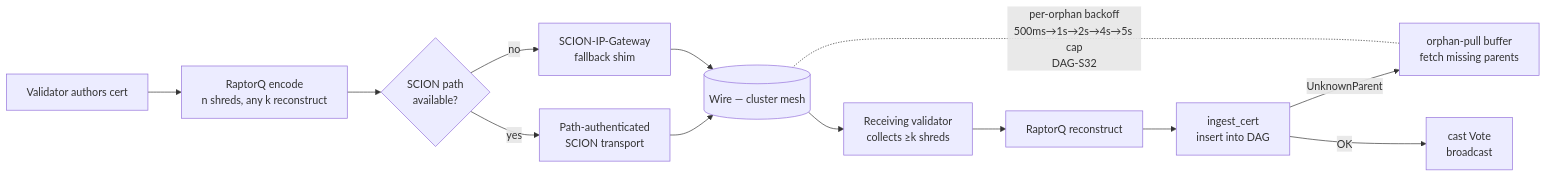
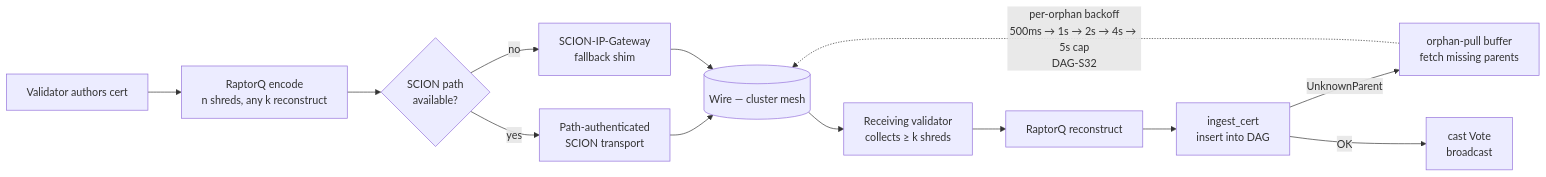
Before and after one commit to Suwappu-Labs/suwappu-dag: the diagram in docs/visuals/mermaid/scion-transport.md, drawn with Mermaid. The commit also changed 16 other files, not shown here.

````diff
--- a/docs/visuals/mermaid/scion-transport.md
+++ b/docs/visuals/mermaid/scion-transport.md
@@ -7,15 +7,15 @@
 ```mermaid
 flowchart LR
-    Author[Validator authors cert] --> Shred[RaptorQ encode<br/>n shreds, any k reconstruct]
-    Shred --> Path{SCION path<br/>available?}
-    Path -->|yes| SCION[Path-authenticated<br/>SCION transport]
-    Path -->|no| Gateway[SCION-IP-Gateway<br/>fallback shim]
-    SCION --> Wire[(Wire — cluster mesh)]
+    Author["Validator authors cert"] --> Shred["RaptorQ encode<br/>n shreds, any k reconstruct"]
+    Shred --> Path{"SCION path<br/>available?"}
+    Path -->|"yes"| SCION["Path-authenticated<br/>SCION transport"]
+    Path -->|"no"| Gateway["SCION-IP-Gateway<br/>fallback shim"]
+    SCION --> Wire[("Wire — cluster mesh")]
     Gateway --> Wire
-    Wire --> Recv[Receiving validator<br/>collects ≥k shreds]
-    Recv --> Reco[RaptorQ reconstruct]
-    Reco --> Ingest[ingest_cert<br/>insert into DAG]
-    Ingest -->|UnknownParent| Orphan[orphan-pull buffer<br/>fetch missing parents]
-    Ingest -->|OK| Vote[cast Vote<br/>broadcast]
-    Orphan -. per-orphan backoff<br/>500ms→1s→2s→4s→5s cap<br/>DAG-S32 .- Wire
+    Wire --> Recv["Receiving validator<br/>collects ≥ k shreds"]
+    Recv --> Reco["RaptorQ reconstruct"]
+    Reco --> Ingest["ingest_cert<br/>insert into DAG"]
+    Ingest -->|"UnknownParent"| Orphan["orphan-pull buffer<br/>fetch missing parents"]
+    Ingest -->|"OK"| Vote["cast Vote<br/>broadcast"]
+    Orphan -.->|"per-orphan backoff<br/>500ms → 1s → 2s → 4s → 5s cap<br/>DAG-S32"| Wire
 ```
````
